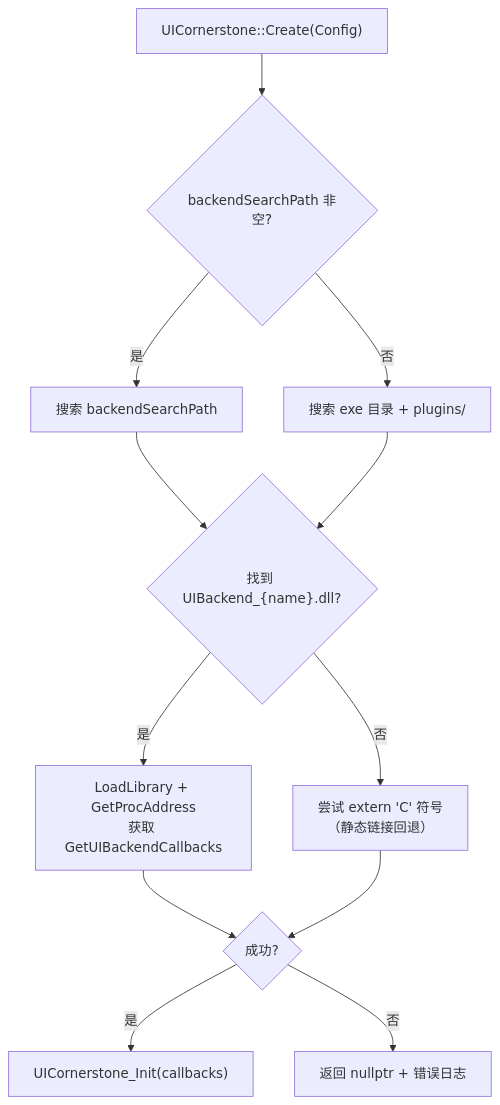
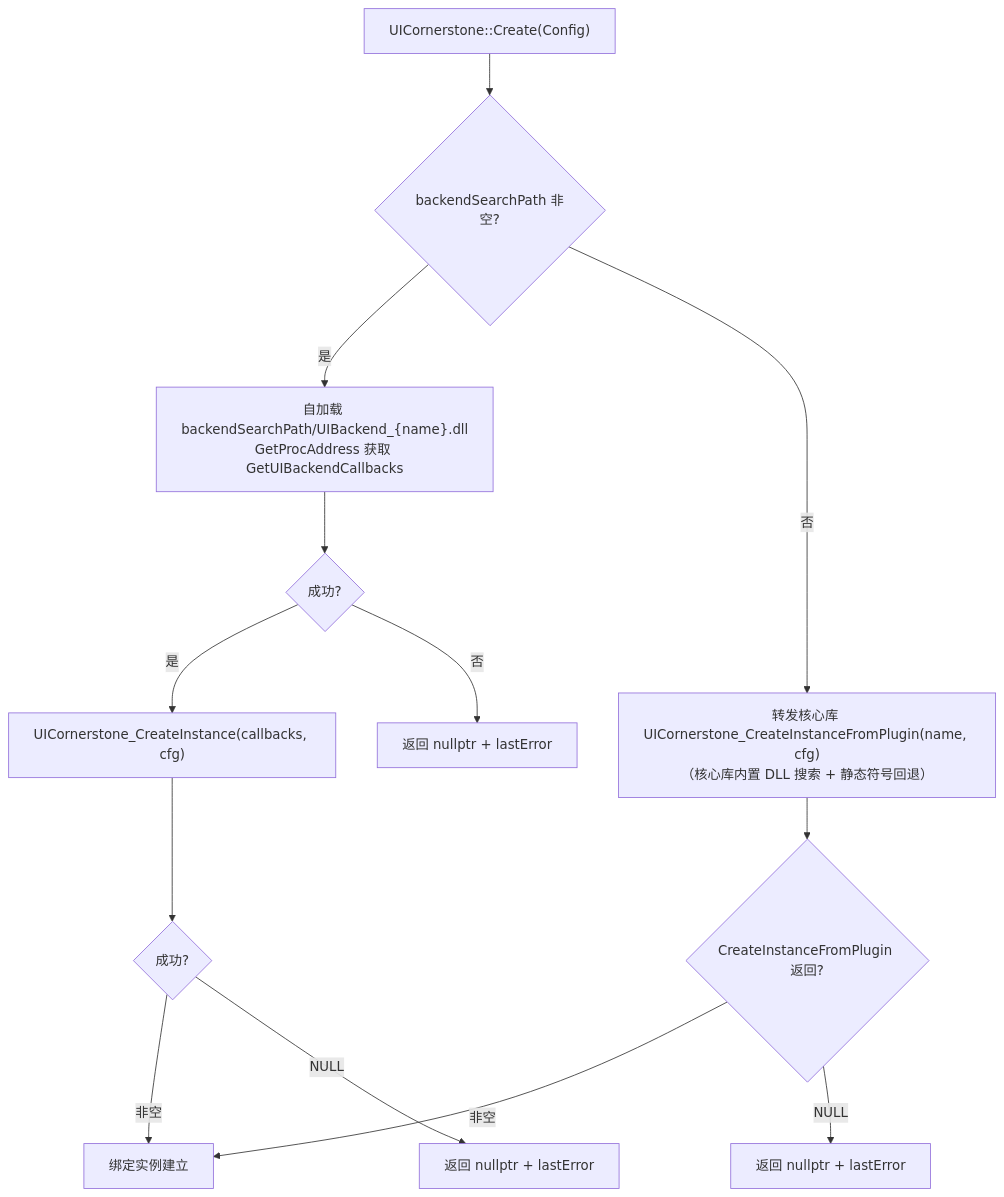
Before and after one commit to SeaOceanLiu/UIControls: the fourth of 7 diagrams in doc/CppBinding_Design.md, drawn with Mermaid. The commit also changed other lines of this file and 85 other files, not shown here.

First line of the commit message:
feat: 多实例 C ABI 改造实施 — UIContext 实例上下文、CreateInstance/CreateViewport 层级、单例移除、多视口事件路由与焦点转移

````diff
--- a/doc/CppBinding_Design.md
+++ b/doc/CppBinding_Design.md
@@ -600,14 +680,15 @@
 ```mermaid
 flowchart TD
     Start["UICornerstone::Create(Config)"] --> Check{"backendSearchPath 非空?"}
-    Check -->|是| Search1["搜索 backendSearchPath"]
-    Check -->|否| Search2["搜索 exe 目录 + plugins/"]
-    Search1 --> Found{"找到 UIBackend_{name}.dll?"}
-    Search2 --> Found
-    Found -->|是| Load["LoadLibrary + GetProcAddress<br/>获取 GetUIBackendCallbacks"]
-    Found -->|否| Fallback["尝试 extern 'C' 符号<br/>（静态链接回退）"]
-    Load --> Success{"成功?"}
-    Fallback --> Success
-    Success -->|是| Init["UICornerstone_Init(callbacks)"]
-    Success -->|否| Return["返回 nullptr + 错误日志"]
+    Check -->|是| Search1["自加载 backendSearchPath/UIBackend_{name}.dll<br/>GetProcAddress 获取 GetUIBackendCallbacks"]
+    Check -->|否| Core["转发核心库 UICornerstone_CreateInstanceFromPlugin(name, cfg)<br/>（核心库内置 DLL 搜索 + 静态符号回退）"]
+    Search1 --> Found{"成功?"}
+    Core --> Created{"CreateInstanceFromPlugin 返回?"}
+    Found -->|是| CI["UICornerstone_CreateInstance(callbacks, cfg)"]
+    Found -->|否| Return1["返回 nullptr + lastError"]
+    CI --> Created2{"成功?"}
+    Created -->|非空| OK["绑定实例建立"]
+    Created -->|NULL| Return2["返回 nullptr + lastError"]
+    Created2 -->|非空| OK
+    Created2 -->|NULL| Return3["返回 nullptr + lastError"]
 ```
````
